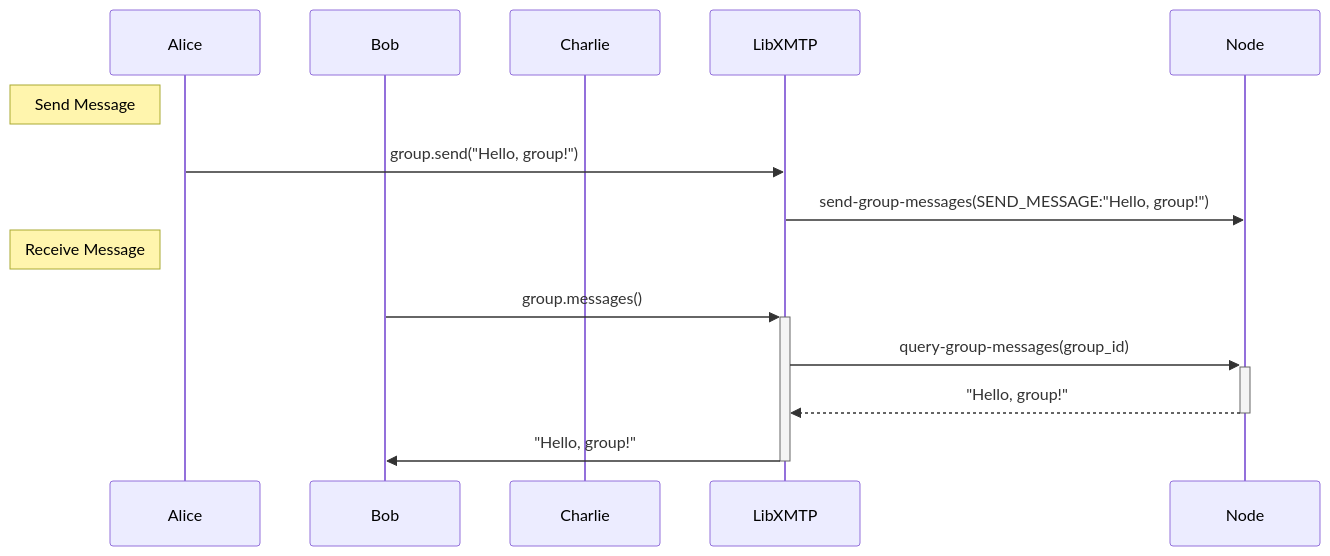
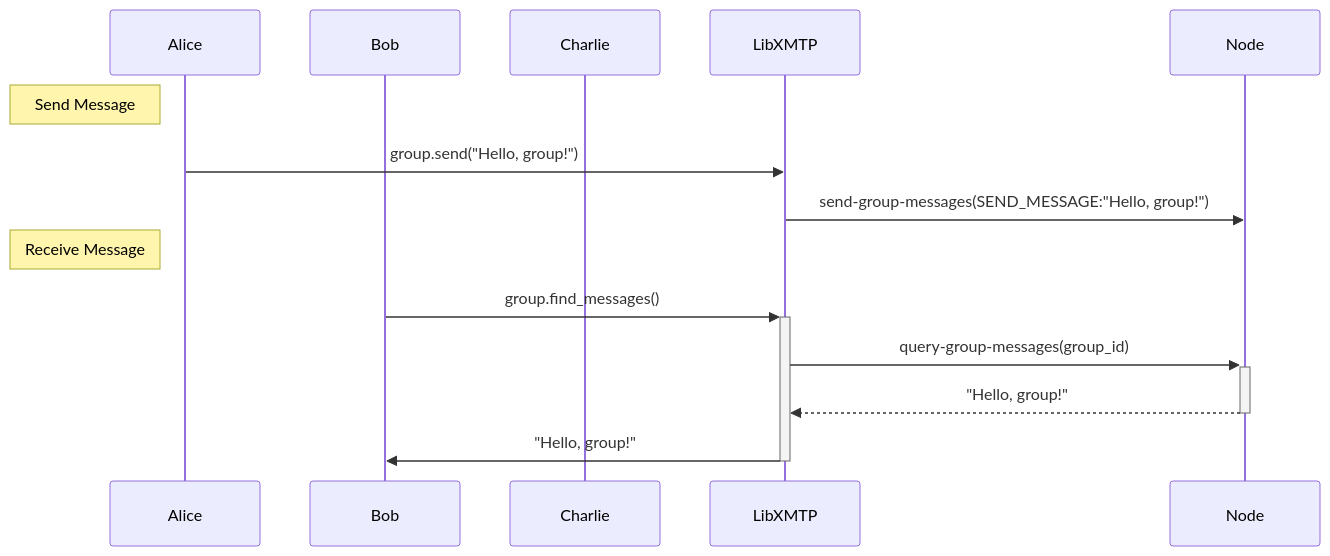
One commit to xmtp/libxmtp changed the diagram in diagrams/send-receive.mermaid. Above: the diagram before and after it, drawn with Mermaid. The commit also changed 3 other files, not shown here.

```diff
--- a/diagrams/send-receive.mermaid
+++ b/diagrams/send-receive.mermaid
@@ -1,16 +1,16 @@
 sequenceDiagram
     participant Alice
     participant Bob
     participant Charlie
     participant LibXMTP
     participant Node
 
     Note left of Alice: Send Message
     Alice->>LibXMTP: group.send("Hello, group!")
     LibXMTP->>Node: send-group-messages(SEND_MESSAGE:"Hello, group!")
 
     Note left of Alice: Receive Message
-    Bob->>+LibXMTP: group.messages()
+    Bob->>+LibXMTP: group.find_messages()
     LibXMTP->>+Node: query-group-messages(group_id)
     Node-->>-LibXMTP: "Hello, group!"
     LibXMTP->>-Bob: "Hello, group!"
```
